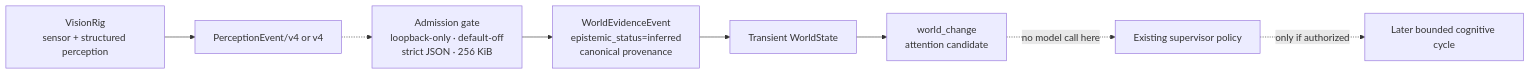
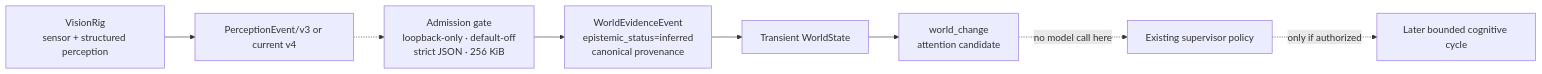
Before and after one commit to Ternedal/ModelRig: the diagram in docs/consciousness-core/VISIONRIG_ADMISSION.md, drawn with Mermaid. The commit also changed other lines of this file, not shown here.

````diff
--- a/docs/consciousness-core/VISIONRIG_ADMISSION.md
+++ b/docs/consciousness-core/VISIONRIG_ADMISSION.md
@@ -6,19 +6,19 @@
 ```mermaid
 flowchart LR
     V["VisionRig<br/>sensor + structured perception"]
-    P["PerceptionEvent/v4 or v4"]
+    P["PerceptionEvent/v3 or current v4"]
     G["Admission gate<br/>loopback-only · default-off<br/>strict JSON · 256 KiB"]
     E["WorldEvidenceEvent<br/>epistemic_status=inferred<br/>canonical provenance"]
     W["Transient WorldState"]
     A["world_change<br/>attention candidate"]
     S["Existing supervisor policy"]
     C["Later bounded cognitive cycle"]
 
     V --> P
     P -.-> G
     G --> E
     E --> W
     W --> A
     A -. "no model call here" .-> S
     S -. "only if authorized" .-> C
 ```
````
